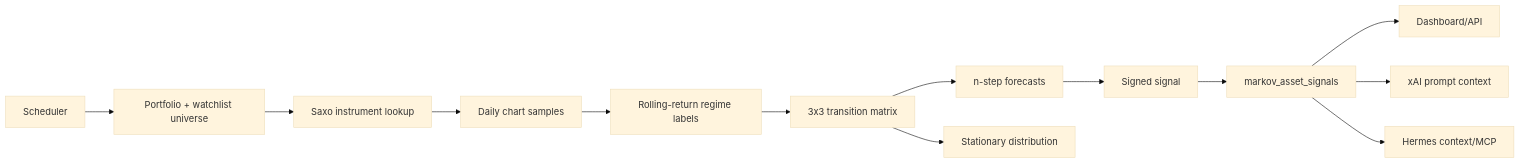
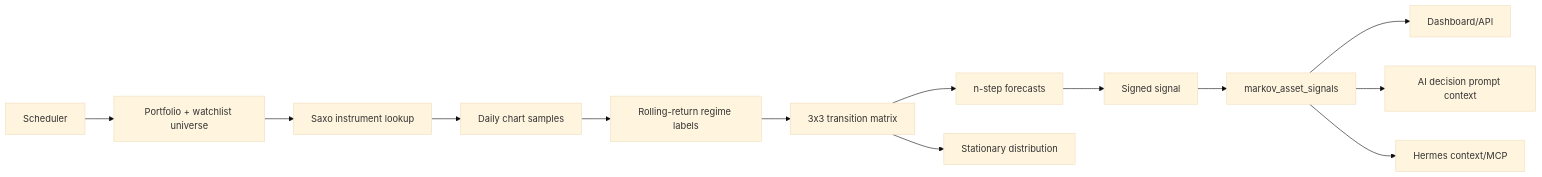
Before and after one commit to simonellefsen/saxo-daytrader-rust: the diagram in docs/markov-method.md, drawn with Mermaid (base theme). The commit also changed other lines of this file and 46 other files, not shown here.

````diff
--- a/docs/markov-method.md
+++ b/docs/markov-method.md
@@ -26,15 +26,15 @@
 ```mermaid
 flowchart LR
   S["Scheduler"] --> U["Portfolio + watchlist universe"]
   U --> L["Saxo instrument lookup"]
   L --> C["Daily chart samples"]
   C --> R["Rolling-return regime labels"]
   R --> M["3x3 transition matrix"]
   M --> F["n-step forecasts"]
   M --> D["Stationary distribution"]
   F --> G["Signed signal"]
   G --> DB["markov_asset_signals"]
   DB --> UI["Dashboard/API"]
-  DB --> XAI["xAI prompt context"]
+  DB --> XAI["AI decision prompt context"]
   DB --> H["Hermes context/MCP"]
 ```
````
